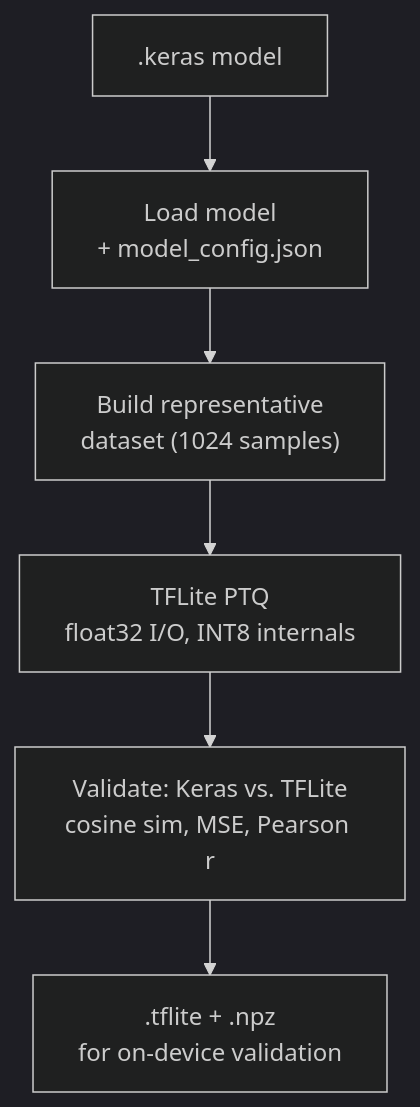
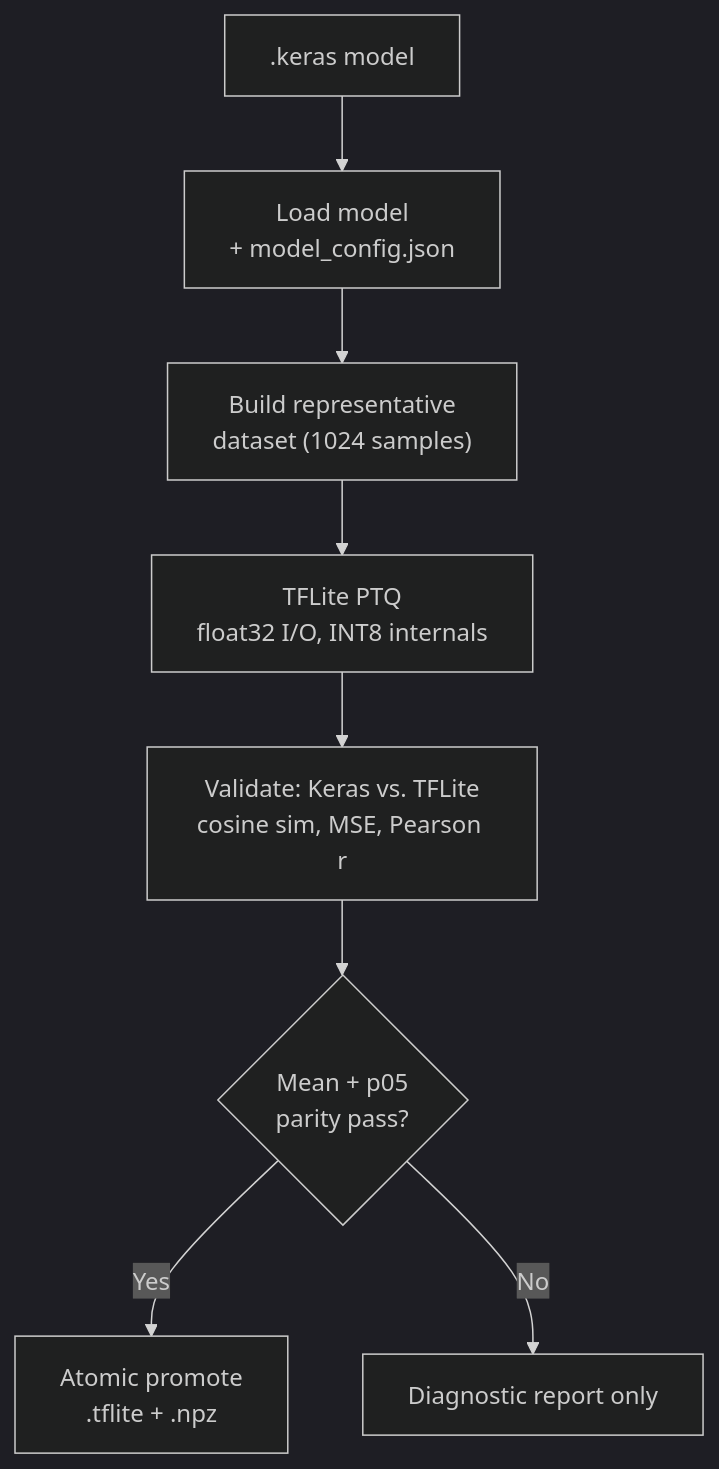
The diagram in docs/conversion.md (birdnet-team/birdnet-stm32), drawn with Mermaid (dark theme) before and after one commit. The commit also changed other lines of this file and 8 other files, not shown here.

````diff
--- a/docs/conversion.md
+++ b/docs/conversion.md
@@ -24,8 +24,10 @@
 ```mermaid
 flowchart TD
     A[".keras model"] --> B["Load model\n+ model_config.json"]
     B --> C["Build representative\ndataset (1024 samples)"]
     C --> D["TFLite PTQ\nfloat32 I/O, INT8 internals"]
     D --> E["Validate: Keras vs. TFLite\ncosine sim, MSE, Pearson r"]
-    E --> F[".tflite + .npz\nfor on-device validation"]
+    E --> F{"Mean + p05\nparity pass?"}
+    F -->|Yes| G["Atomic promote\n.tflite + .npz"]
+    F -->|No| H["Diagnostic report only"]
 ```
````
